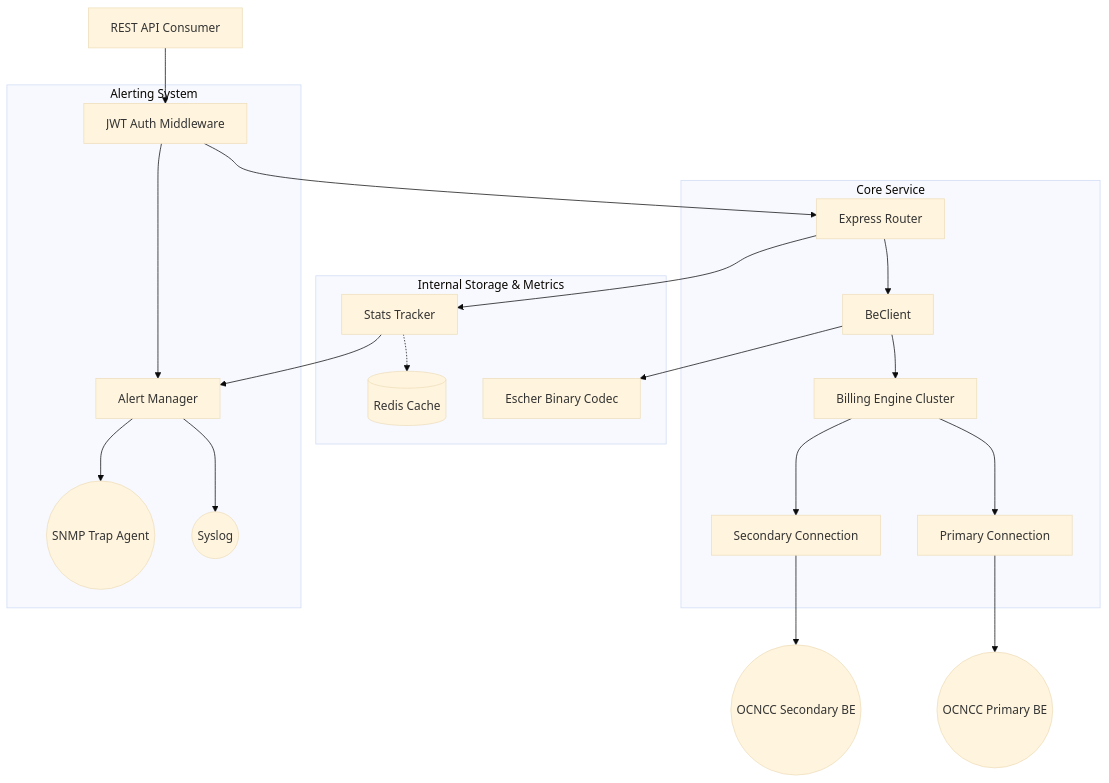
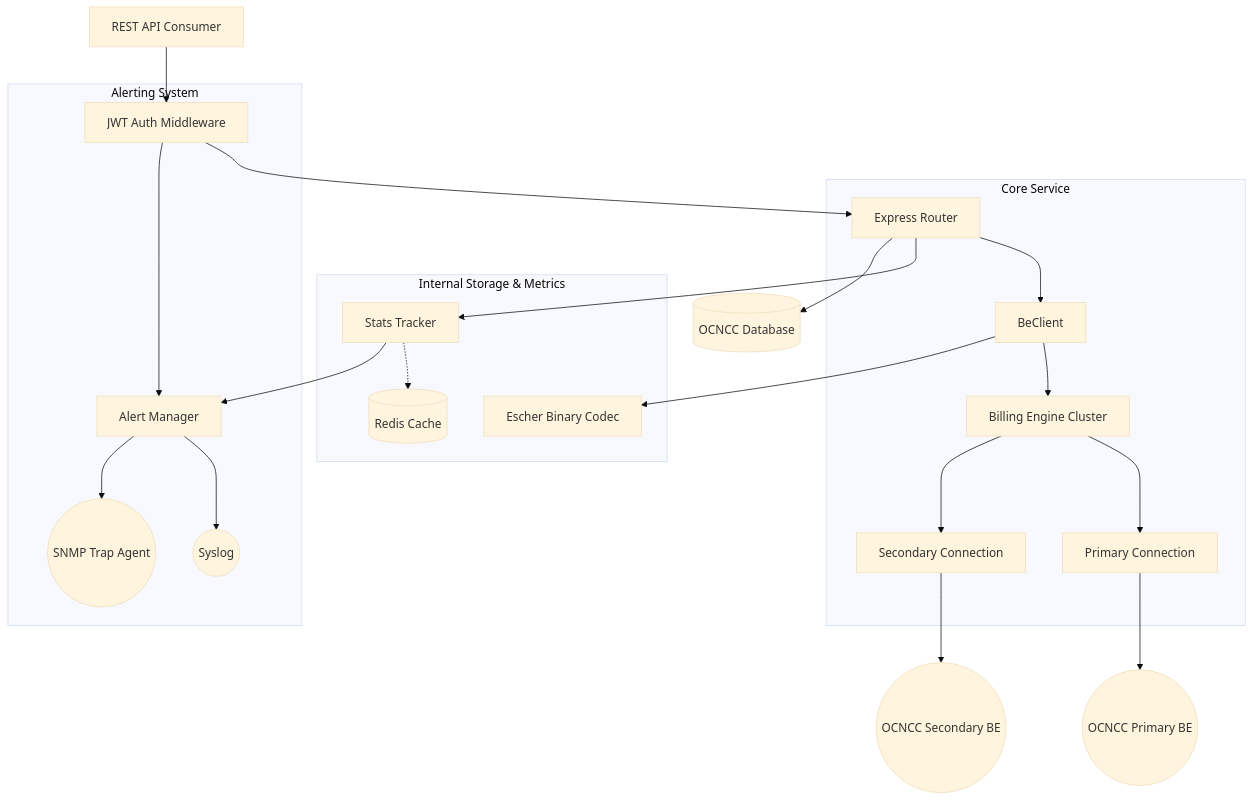
One commit to Bluebridge-Software/ocncc changed the diagram in programs/apiServer/Docs/architecture.md. Above: the diagram before and after it, drawn with Mermaid (base theme). The commit also changed 17 other files, not shown here.

````diff
--- a/programs/apiServer/Docs/architecture.md
+++ b/programs/apiServer/Docs/architecture.md
@@ -5,28 +5,29 @@
 ```mermaid
 graph TD
     Client[REST API Consumer] --> Auth[JWT Auth Middleware]
     Auth --> Router[Express Router]
     
     subgraph "Core Service"
         Router --> ClientIF[BeClient]
         ClientIF --> BE[Billing Engine Cluster]
         BE --> P[Primary Connection]
         BE --> S[Secondary Connection]
     end
     
     subgraph "Internal Storage & Metrics"
         ClientIF --> Codec[Escher Binary Codec]
         Router --> Stats[Stats Tracker]
         Stats -.-> Redis[(Redis Cache)]
     end
     
     subgraph "Alerting System"
         Auth --> Alert[Alert Manager]
         Stats --> Alert
         Alert --> Syslog((Syslog))
         Alert --> SNMP((SNMP Trap Agent))
     end
     
+    Router --> OC_DB[(OCNCC Database)]
     P --> OC_P((OCNCC Primary BE))
     S --> OC_S((OCNCC Secondary BE))
 ```
````
